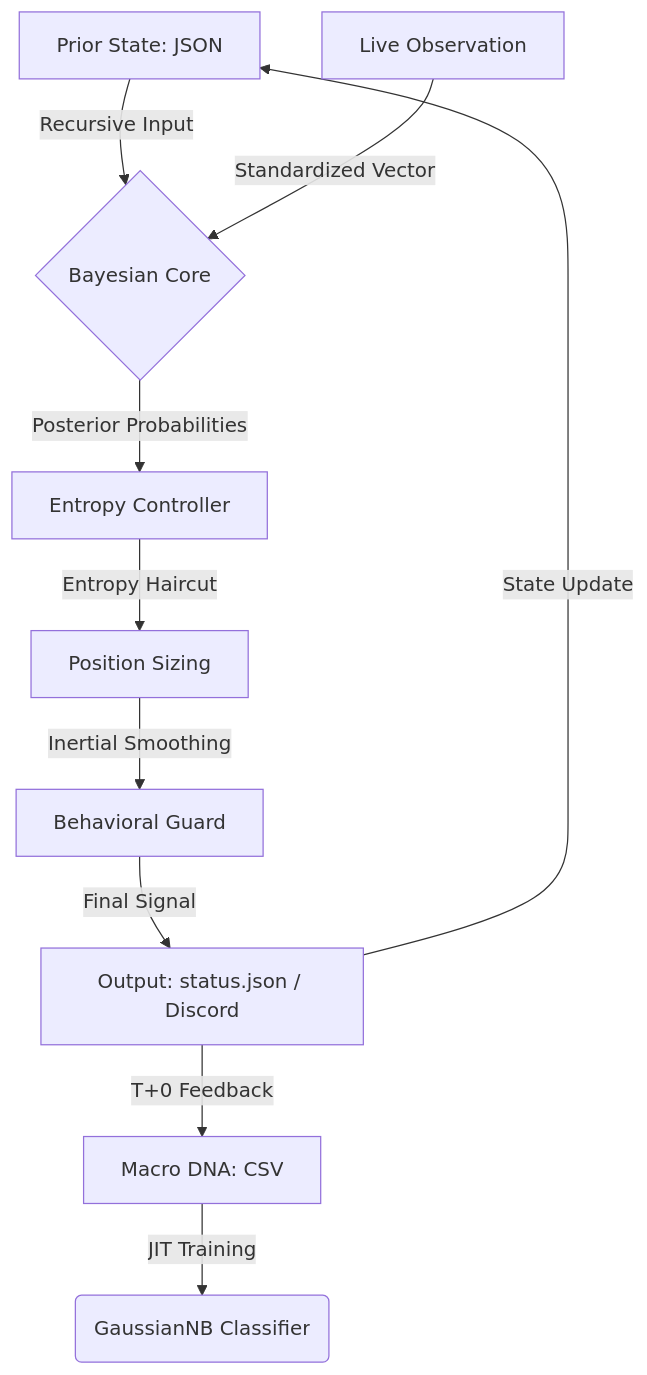
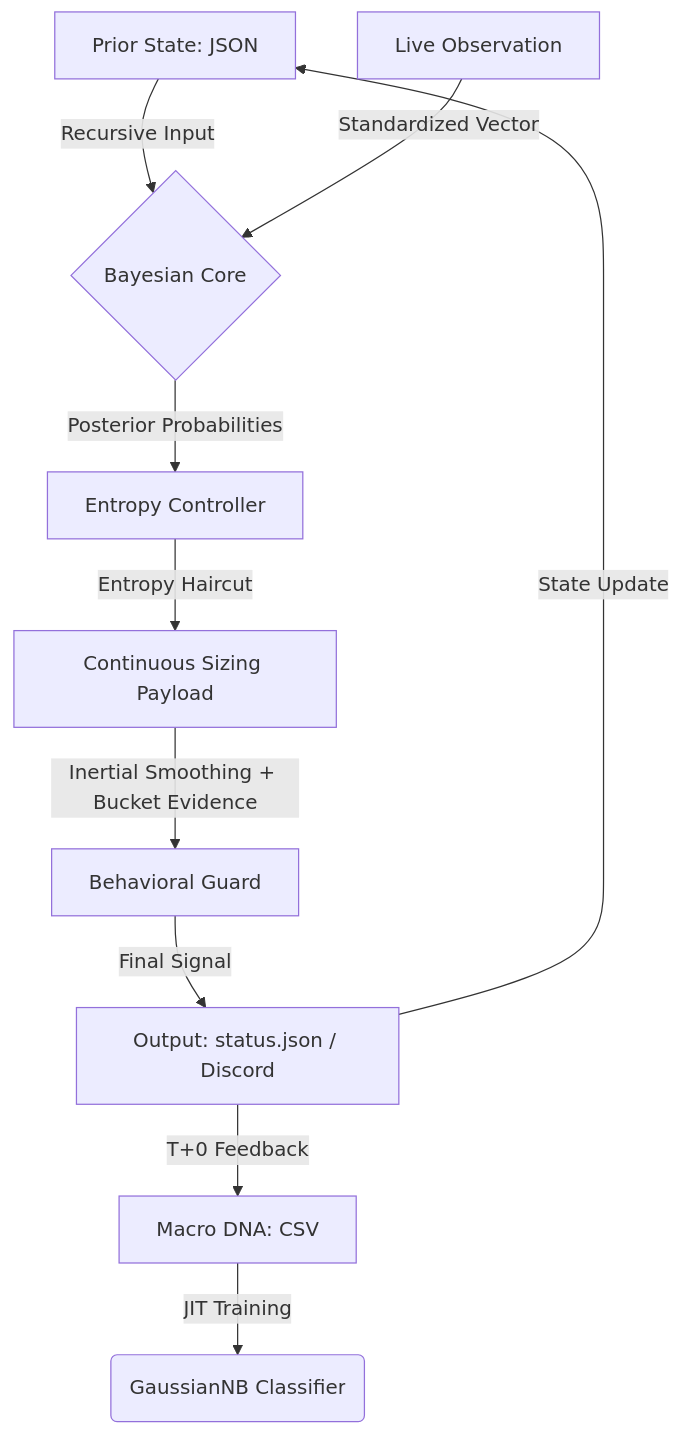
The diagram in docs/architecture.md (yutaofr/qqq-buyer-monitor), drawn with Mermaid before and after one commit. The commit also changed other lines of this file and 31 other files, not shown here.

````diff
--- a/docs/architecture.md
+++ b/docs/architecture.md
@@ -27,12 +27,12 @@
 ```mermaid
 graph TD
     A[Macro DNA: CSV] -->|JIT Training| B(GaussianNB Classifier)
     C[Prior State: JSON] -->|Recursive Input| D{Bayesian Core}
     E[Live Observation] -->|Standardized Vector| D
     D -->|Posterior Probabilities| F[Entropy Controller]
-    F -->|Entropy Haircut| G[Position Sizing]
-    G -->|Inertial Smoothing| H[Behavioral Guard]
+    F -->|Entropy Haircut| G[Continuous Sizing Payload]
+    G -->|Inertial Smoothing + Bucket Evidence| H[Behavioral Guard]
     H -->|Final Signal| I[Output: status.json / Discord]
     I -->|T+0 Feedback| A
     I -->|State Update| C
 ```
````
